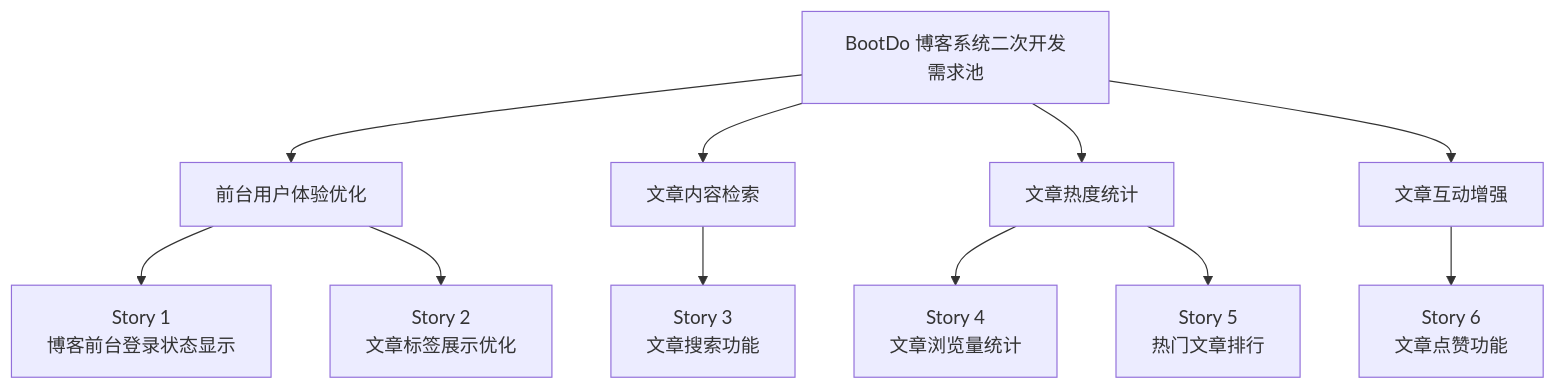
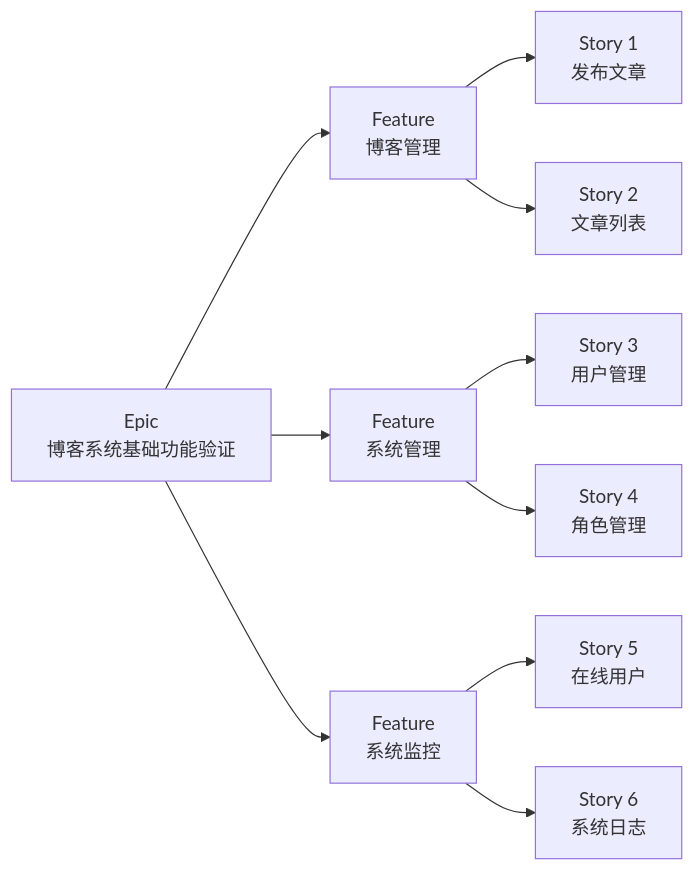
One commit to zxc2005517-stack/bootdo-blog-system changed the second of 8 diagrams in README.md. Above: the diagram before and after it, drawn with Mermaid. The commit also changed other lines of this file, not shown here.

````diff
--- a/README.md
+++ b/README.md
@@ -53,19 +73,25 @@
 ```mermaid
-graph TD
-    A[BootDo 博客系统二次开发需求池]
 
-    A --> B[前台用户体验优化]
-    A --> C[文章内容检索]
-    A --> D[文章热度统计]
-    A --> E[文章互动增强]
+graph LR
 
-    B --> B1[Story 1<br/>博客前台登录状态显示]
-    B --> B2[Story 2<br/>文章标签展示优化]
+    A[Epic<br/>博客系统基础功能验证]
 
-    C --> C1[Story 3<br/>文章搜索功能]
+    A --> B[Feature<br/>博客管理]
 
-    D --> D1[Story 4<br/>文章浏览量统计]
-    D --> D2[Story 5<br/>热门文章排行]
+    A --> C[Feature<br/>系统管理]
 
-    E --> E1[Story 6<br/>文章点赞功能]
+    A --> D[Feature<br/>系统监控]
+
+    B --> B1[Story 1<br/>发布文章]
+
+    B --> B2[Story 2<br/>文章列表]
+
+    C --> C1[Story 3<br/>用户管理]
+
+    C --> C2[Story 4<br/>角色管理]
+
+    D --> D1[Story 5<br/>在线用户]
+
+    D --> D2[Story 6<br/>系统日志]
+
 ```
````
